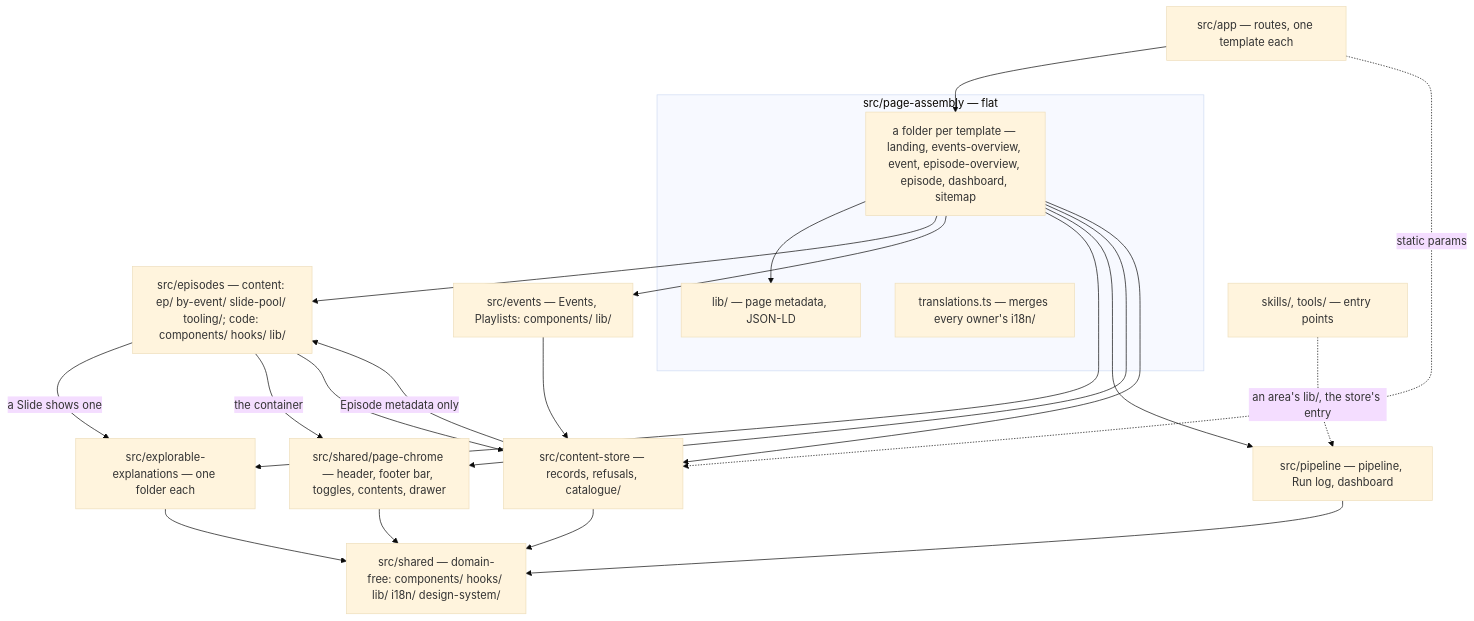
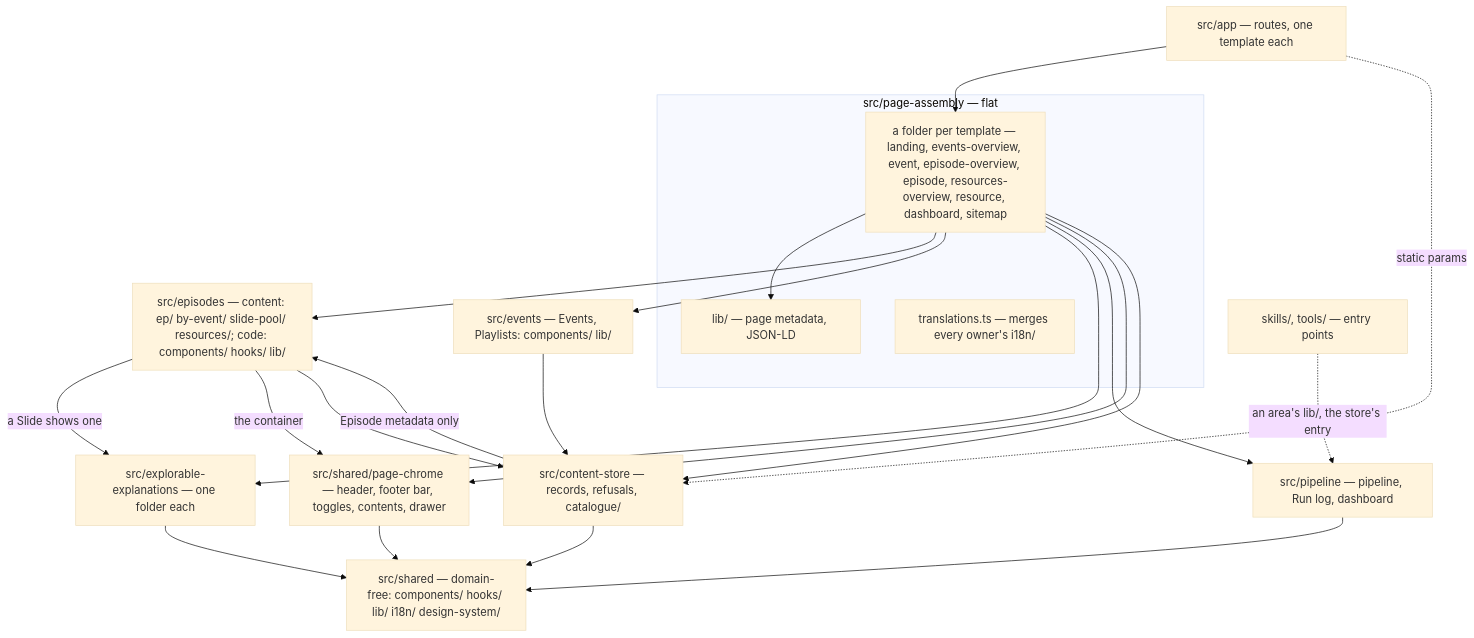
Before and after one commit to hancrafted/content-library: the first of 5 diagrams in .archgate/adrs/FE-004-slide-architecture.md, drawn with Mermaid (base theme). The commit also changed other lines of this file and 362 other files, not shown here.

````diff
--- a/.archgate/adrs/FE-004-slide-architecture.md
+++ b/.archgate/adrs/FE-004-slide-architecture.md
@@ -22,25 +22,25 @@
 ```mermaid
 flowchart TD
   app["src/app — routes, one template each"] --> tpl
   subgraph pa["src/page-assembly — flat"]
-    tpl["a folder per template — landing, events-overview, event, episode-overview, episode, dashboard, sitemap"] --> palib["lib/ — page metadata, JSON-LD"]
+    tpl["a folder per template — landing, events-overview, event, episode-overview, episode, resources-overview, resource, dashboard, sitemap"] --> palib["lib/ — page metadata, JSON-LD"]
     merge["translations.ts — merges every owner's i18n/"]
   end
-  tpl --> episodes["src/episodes — content: ep/ by-event/ slide-pool/ tooling/; code: components/ hooks/ lib/"]
+  tpl --> episodes["src/episodes — content: ep/ by-event/ slide-pool/ resources/; code: components/ hooks/ lib/"]
   tpl --> events["src/events — Events, Playlists: components/ lib/"]
   tpl --> explain["src/explorable-explanations — one folder each"]
   tpl --> pipeline["src/pipeline — pipeline, Run log, dashboard"]
   tpl --> chrome["src/shared/page-chrome — header, footer bar, toggles, contents, drawer"]
   episodes -- "a Slide shows one" --> explain
   episodes -- "the container" --> chrome
   tpl --> store["src/content-store — records, refusals, catalogue/"]
   app -. "static params" .-> store
   episodes --> store
   events --> store
   store -- "Episode metadata only" --> episodes
   store --> shared["src/shared — domain-free: components/ hooks/ lib/ i18n/ design-system/"]
   explain --> shared
   pipeline --> shared
   chrome --> shared
   tools["skills/, tools/ — entry points"] -. "an area's lib/, the store's entry" .-> pipeline
 ```
````
